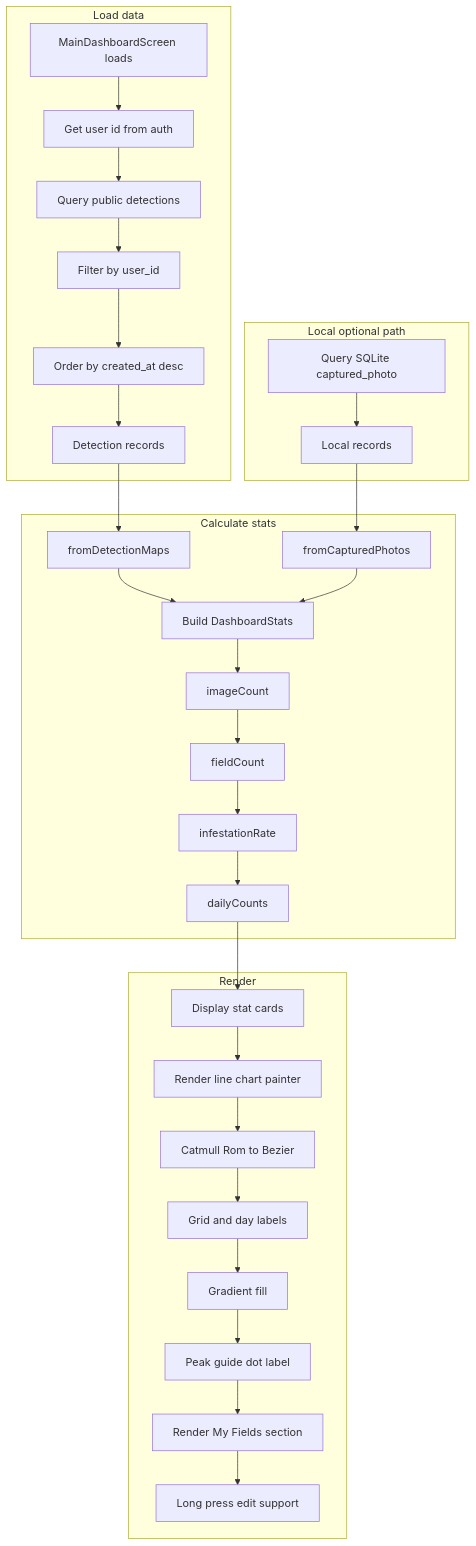
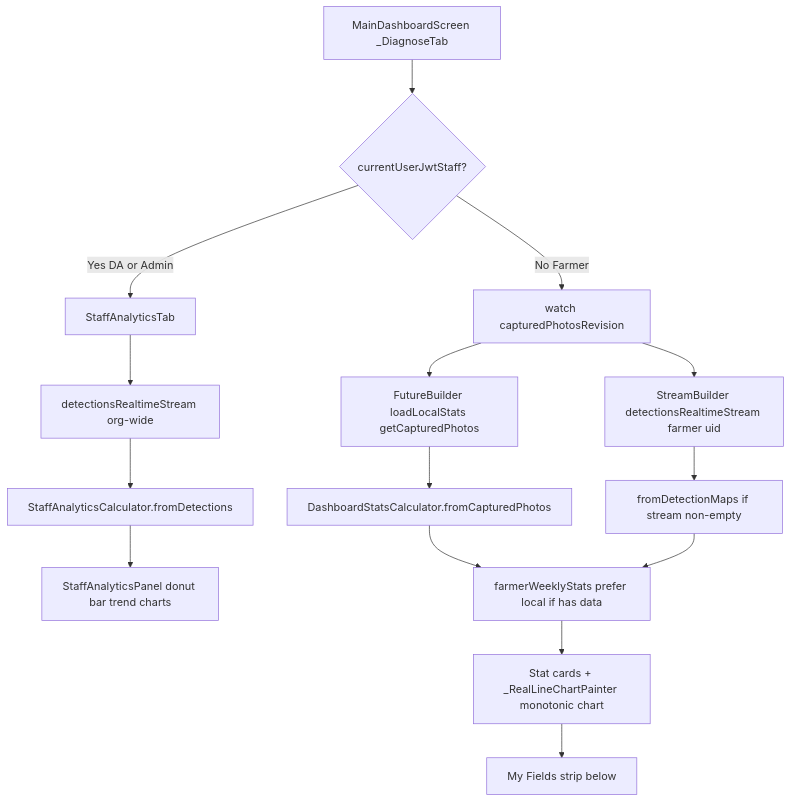
The diagram in docs/diagrams/dashboard_flow.mmd (janrafael29/PINE), drawn with Mermaid before and after one commit. The commit also changed 117 other files, not shown here.

First line of the commit message:
Add staff middleware workflows, reviewed export, and admin web updates.

```diff
--- a/docs/diagrams/dashboard_flow.mmd
+++ b/docs/diagrams/dashboard_flow.mmd
@@ -1,34 +1,16 @@
 flowchart TD
-    subgraph LOAD[Load data]
-        A[MainDashboardScreen loads] --> B[Get user id from auth]
-        B --> C[Query public detections]
-        C --> D[Filter by user_id]
-        D --> E[Order by created_at desc]
-        E --> F[Detection records]
-    end
+    A[MainDashboardScreen _DiagnoseTab] --> B{currentUserJwtStaff?}
+    B -->|Yes DA or Admin| C[StaffAnalyticsTab]
+    C --> C1[detectionsRealtimeStream org-wide]
+    C1 --> C2[StaffAnalyticsCalculator.fromDetections]
+    C2 --> C3[StaffAnalyticsPanel donut bar trend charts]
 
-    subgraph LOCALALT[Local optional path]
-        G[Query SQLite captured_photo] --> H[Local records]
-    end
-
-    subgraph CALC[Calculate stats]
-        F --> I[fromDetectionMaps]
-        H --> J[fromCapturedPhotos]
-        I --> K[Build DashboardStats]
-        J --> K
-        K --> L[imageCount]
-        L --> M[fieldCount]
-        M --> N[infestationRate]
-        N --> O[dailyCounts]
-    end
-
-    subgraph DISPLAY[Render]
-        O --> P[Display stat cards]
-        P --> Q[Render line chart painter]
-        Q --> R[Catmull Rom to Bezier]
-        R --> S[Grid and day labels]
-        S --> T[Gradient fill]
-        T --> U[Peak guide dot label]
-        U --> V[Render My Fields section]
-        V --> W[Long press edit support]
-    end
+    B -->|No Farmer| D[watch capturedPhotosRevision]
+    D --> E[FutureBuilder loadLocalStats getCapturedPhotos]
+    D --> F[StreamBuilder detectionsRealtimeStream farmer uid]
+    E --> G[DashboardStatsCalculator.fromCapturedPhotos]
+    F --> H[fromDetectionMaps if stream non-empty]
+    G --> I[farmerWeeklyStats prefer local if has data]
+    H --> I
+    I --> J[Stat cards + _RealLineChartPainter monotonic chart]
+    J --> K[My Fields strip below]
```
